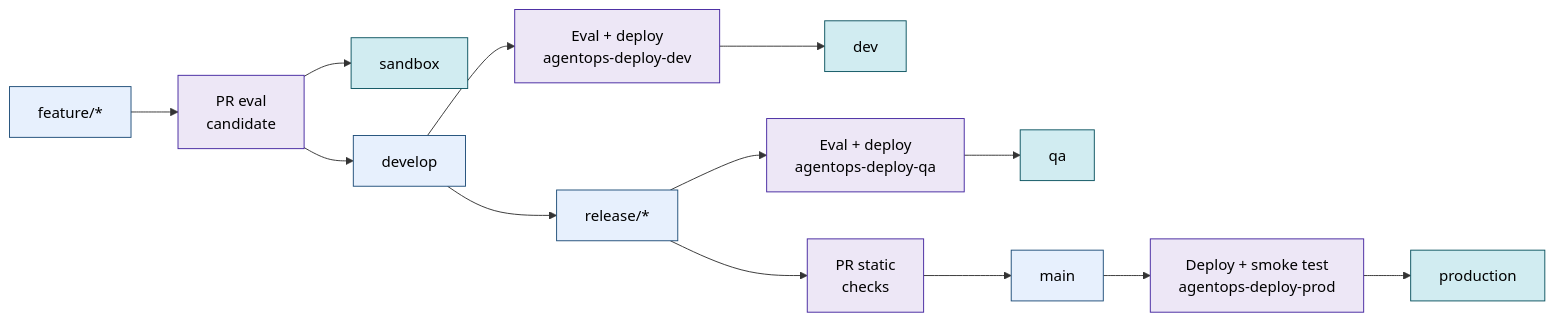
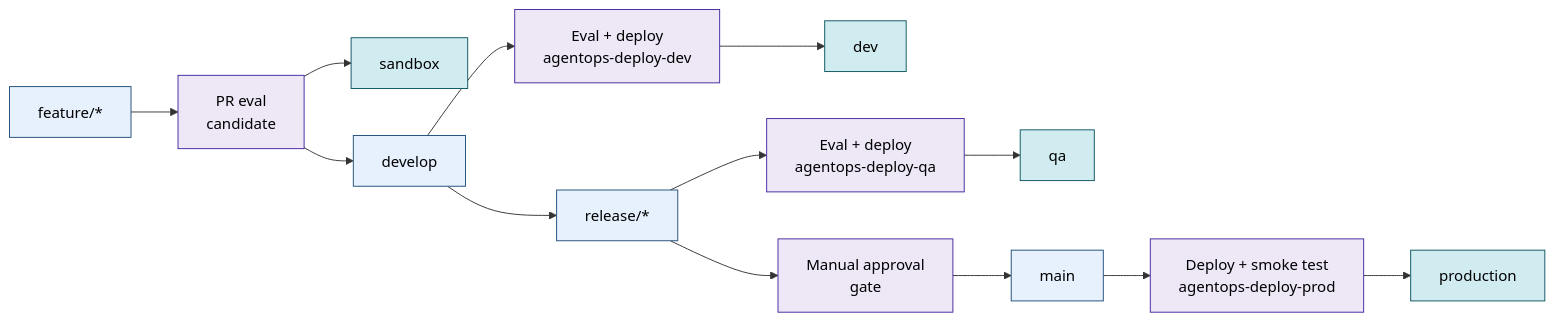
Before and after one commit to Azure/agentops: the diagram in docs/ci-github-actions.md, drawn with Mermaid. The commit also changed other lines of this file and 1 other file, not shown here.

Commit message:
Rephrase main release approval gate

````diff
--- a/docs/ci-github-actions.md
+++ b/docs/ci-github-actions.md
@@ -33,24 +33,24 @@
 ```mermaid
 flowchart LR
     feature["feature/*"] --> prDev["PR eval<br/>candidate"]
     prDev --> sandbox["sandbox"]
     prDev --> develop["develop"]
     develop --> devDeploy["Eval + deploy<br/>agentops-deploy-dev"]
     devDeploy --> devEnv["dev"]
 
     develop --> release["release/*"]
     release --> qaDeploy["Eval + deploy<br/>agentops-deploy-qa"]
     qaDeploy --> qaEnv["qa"]
 
-    release --> prProd["PR static<br/>checks"]
+    release --> prProd["Manual approval<br/>gate"]
     prProd --> main["main"]
     main --> prodDeploy["Deploy + smoke test<br/>agentops-deploy-prod"]
     prodDeploy --> prodEnv["production"]
 
     classDef branch fill:#e7f0fd,stroke:#1f4e79,color:#000;
     classDef pipeline fill:#ede7f6,stroke:#4527a0,color:#000;
     classDef env fill:#d1ecf1,stroke:#0c5460,color:#000;
     class feature,develop,release,main branch;
     class prDev,devDeploy,qaDeploy,prProd,prodDeploy pipeline;
     class sandbox,devEnv,qaEnv,prodEnv env;
 ```
````
